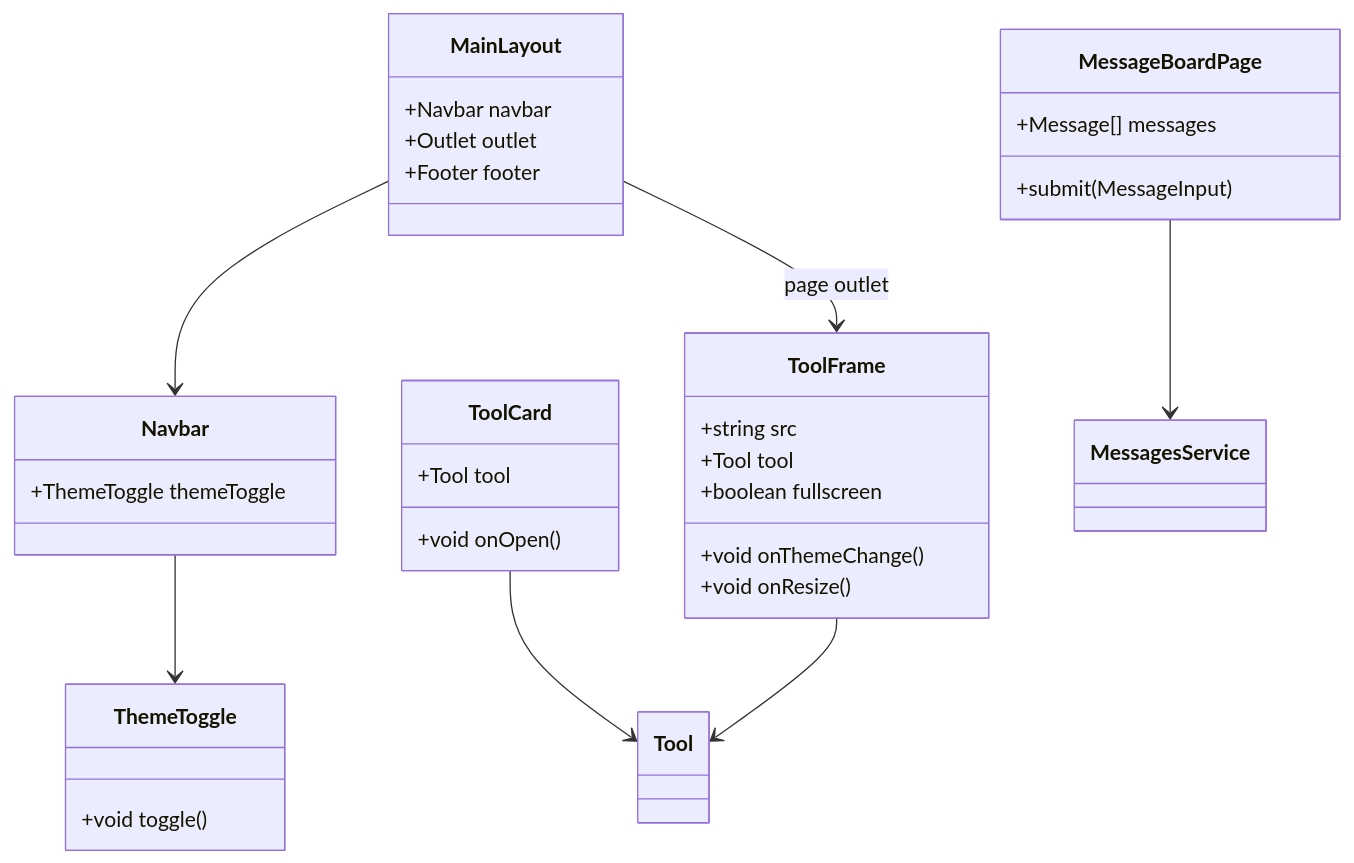
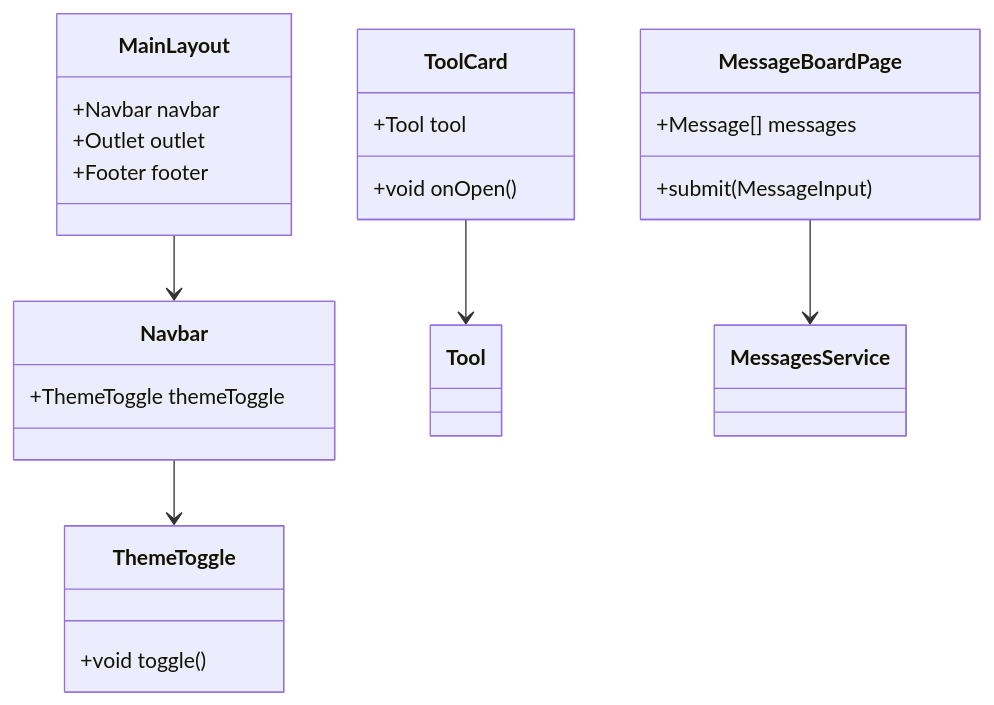
Before and after one commit to shssun/bannianjihua-web: the second of 5 diagrams in docs/ARCHITECTURE.md, drawn with Mermaid. The commit also changed other lines of this file and 6 other files, not shown here.

````diff
--- a/docs/ARCHITECTURE.md
+++ b/docs/ARCHITECTURE.md
@@ -338,36 +337,27 @@
 ```mermaid
 classDiagram
     class MainLayout {
         +Navbar navbar
         +Outlet outlet
         +Footer footer
     }
     class Navbar {
         +ThemeToggle themeToggle
-    }
-    class ToolFrame {
-        +string src
-        +Tool tool
-        +void onThemeChange()
-        +void onResize()
-        +boolean fullscreen
     }
     class ToolCard {
         +Tool tool
         +void onOpen()
     }
     class ThemeToggle {
         +void toggle()
     }
     class MessageBoardPage {
         +Message[] messages
         +submit(MessageInput)
     }
 
     MainLayout --> Navbar
-    MainLayout --> ToolFrame : page outlet
     Navbar --> ThemeToggle
     ToolCard --> Tool
-    ToolFrame --> Tool
     MessageBoardPage --> MessagesService
 ```
````
